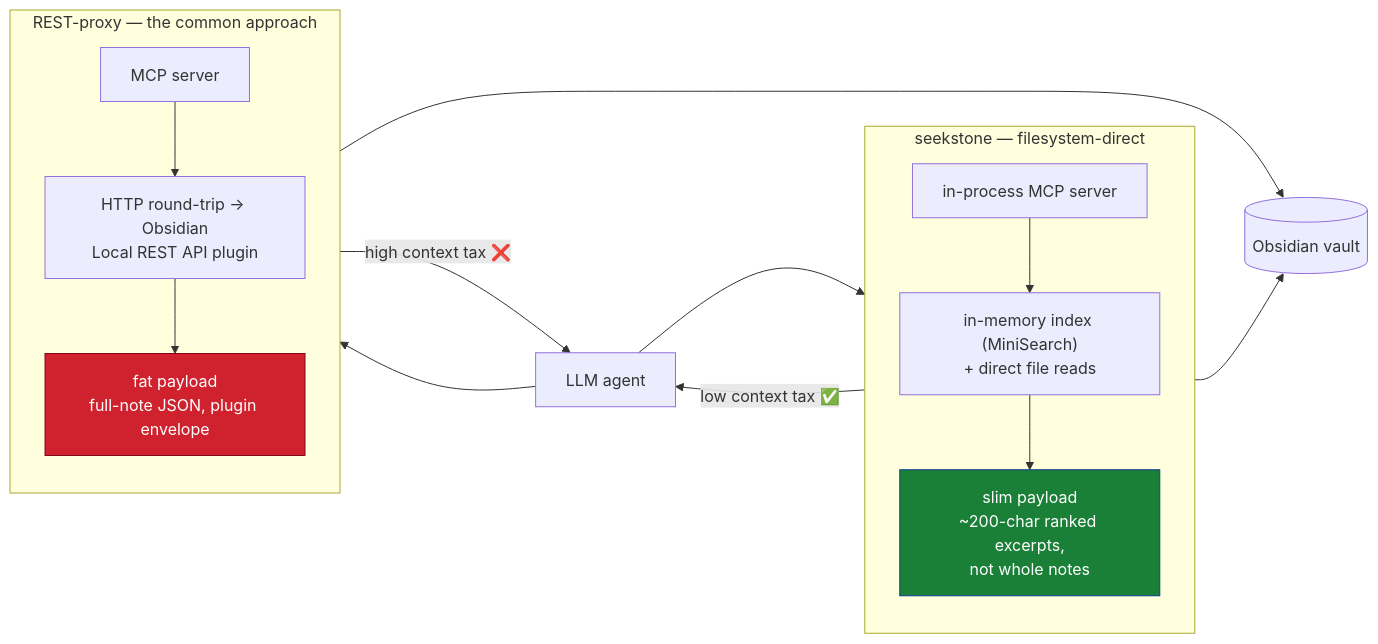
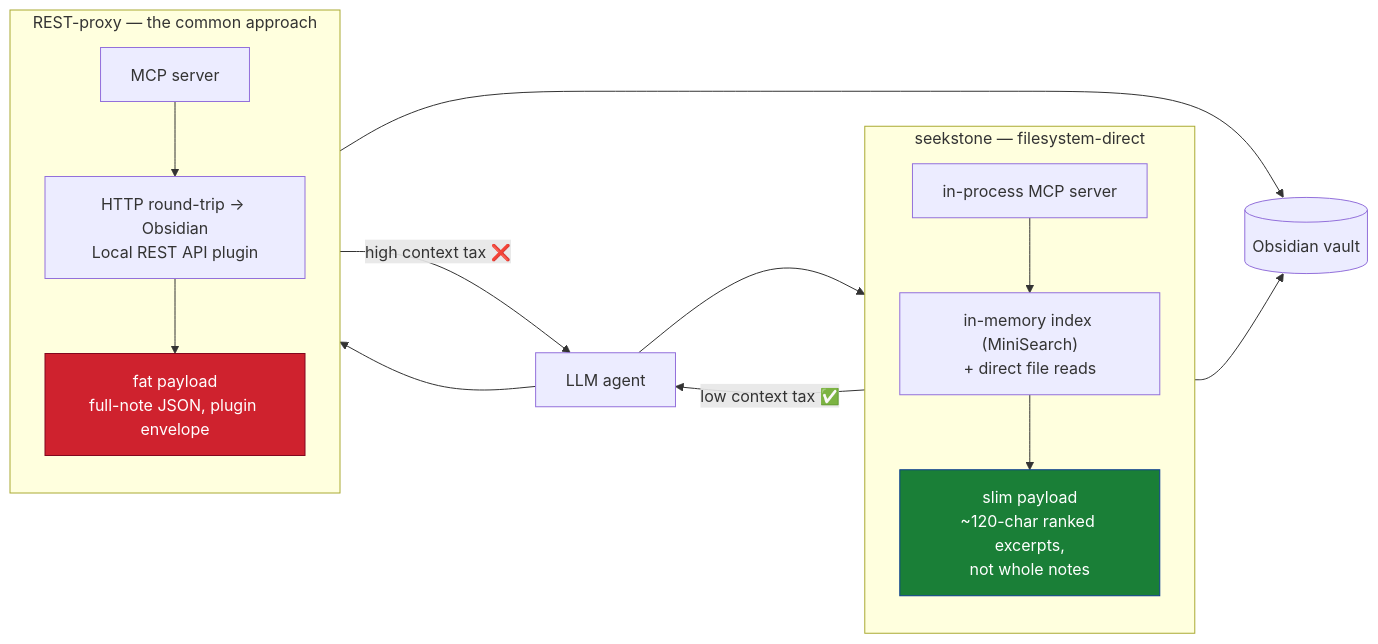
The fifth of 5 diagrams in docs/ARCHITECTURE.md (shaqmughal/seekstone), drawn with Mermaid before and after one commit. The commit also changed other lines of this file and 21 other files, not shown here.

````diff
--- a/docs/ARCHITECTURE.md
+++ b/docs/ARCHITECTURE.md
@@ -252,34 +275,34 @@
 ```mermaid
 flowchart LR
     agent["LLM agent"]
 
     subgraph seekpath["seekstone — filesystem-direct"]
         direction TB
         s1["in-process MCP server"]
         s2["in-memory index (MiniSearch)<br/>+ direct file reads"]
-        s3["slim payload<br/>~200-char ranked excerpts,<br/>not whole notes"]
+        s3["slim payload<br/>~120-char ranked excerpts,<br/>not whole notes"]
         s1 --> s2 --> s3
     end
 
     subgraph restpath["REST-proxy — the common approach"]
         direction TB
         r1["MCP server"]
         r2["HTTP round-trip → Obsidian<br/>Local REST API plugin"]
         r3["fat payload<br/>full-note JSON, plugin envelope"]
         r1 --> r2 --> r3
     end
 
     vault[("Obsidian vault")]
 
     agent --> s1
     agent --> r1
     s2 --> vault
     r2 --> vault
     s3 -->|"low context tax ✅"| agent
     r3 -->|"high context tax ❌"| agent
 
     classDef good fill:#1a7f37,stroke:#0b3d91,color:#fff;
     classDef bad fill:#cf222e,stroke:#82071e,color:#fff;
     class s3 good;
     class r3 bad;
 ```
````
